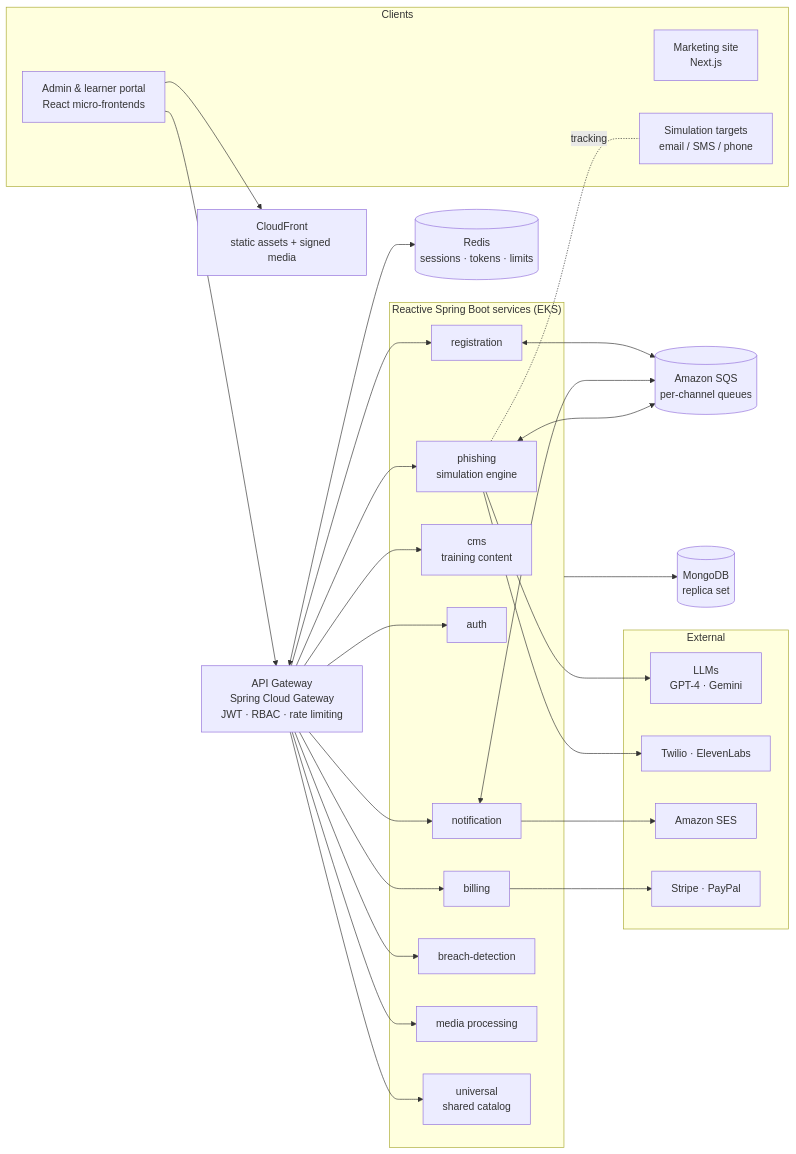
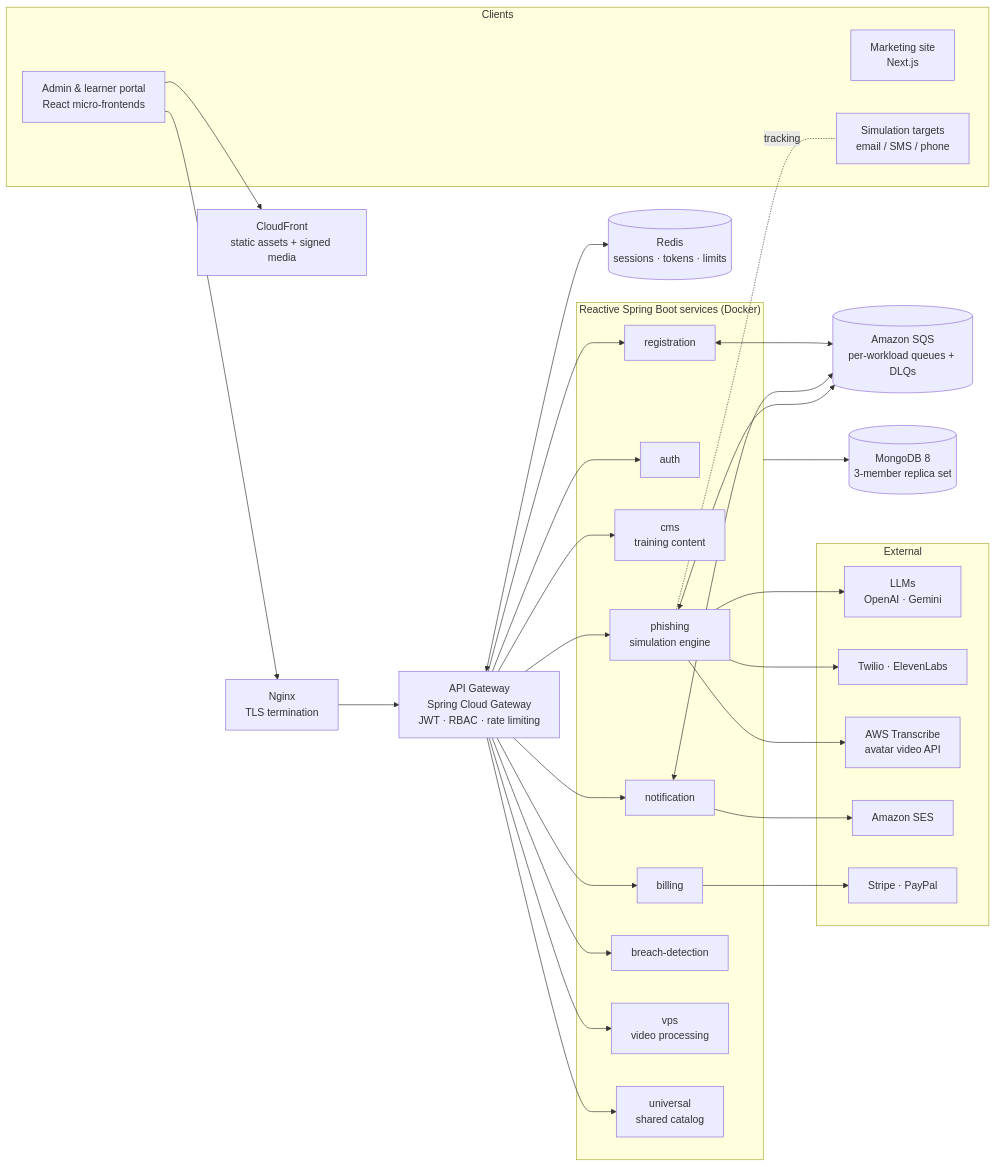
Before and after one commit to shubhajit93/security-awareness-platform-case-study: the first of 3 diagrams in README.md, drawn with Mermaid. The commit also changed other lines of this file and 1 other file, not shown here.

Commit message:
Align case study with the current system: EKS to Docker Compose move, SQS DLQs and consumers, CI/CD, observability, ownership

````diff
--- a/README.md
+++ b/README.md
@@ -25,47 +25,49 @@
 ```mermaid
 flowchart LR
     subgraph Clients
         WEB["Admin & learner portal<br/>React micro-frontends"]
         SITE["Marketing site<br/>Next.js"]
         TARGET["Simulation targets<br/>email / SMS / phone"]
     end
 
     CDN["CloudFront<br/>static assets + signed media"]
+    NGX["Nginx<br/>TLS termination"]
     GW["API Gateway<br/>Spring Cloud Gateway<br/>JWT · RBAC · rate limiting"]
 
-    subgraph Services["Reactive Spring Boot services (EKS)"]
+    subgraph Services["Reactive Spring Boot services (Docker)"]
         AUTH[auth]
         REG[registration]
         CMS["cms<br/>training content"]
         PHI["phishing<br/>simulation engine"]
         BILL[billing]
         NOTI[notification]
         BRE[breach-detection]
-        VPS["media processing"]
+        VPS["vps<br/>video processing"]
         UNI["universal<br/>shared catalog"]
     end
 
-    SQS[("Amazon SQS<br/>per-channel queues")]
-    MONGO[("MongoDB<br/>replica set")]
+    SQS[("Amazon SQS<br/>per-workload queues + DLQs")]
+    MONGO[("MongoDB 8<br/>3-member replica set")]
     REDIS[("Redis<br/>sessions · tokens · limits")]
 
     subgraph External
-        LLM["LLMs<br/>GPT-4 · Gemini"]
+        LLM["LLMs<br/>OpenAI · Gemini"]
         VOICE["Twilio · ElevenLabs"]
+        AWSAI["AWS Transcribe<br/>avatar video API"]
         SES["Amazon SES"]
         PAY["Stripe · PayPal"]
     end
 
     WEB --> CDN
-    WEB --> GW
+    WEB --> NGX --> GW
     GW --> AUTH & REG & CMS & PHI & BILL & NOTI & BRE & VPS & UNI
     GW <--> REDIS
     PHI <--> SQS
     NOTI <--> SQS
     REG <--> SQS
     Services --> MONGO
-    PHI --> LLM & VOICE
+    PHI --> LLM & VOICE & AWSAI
     NOTI --> SES
     BILL --> PAY
     PHI -. tracking .- TARGET
 ```
````
